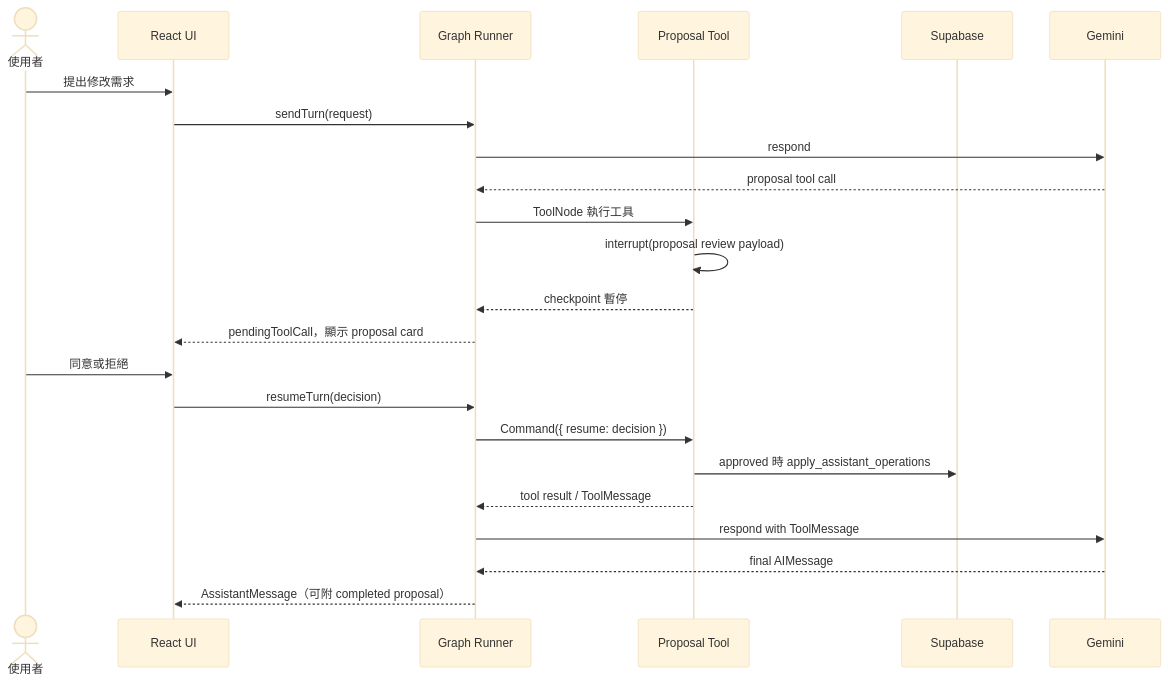
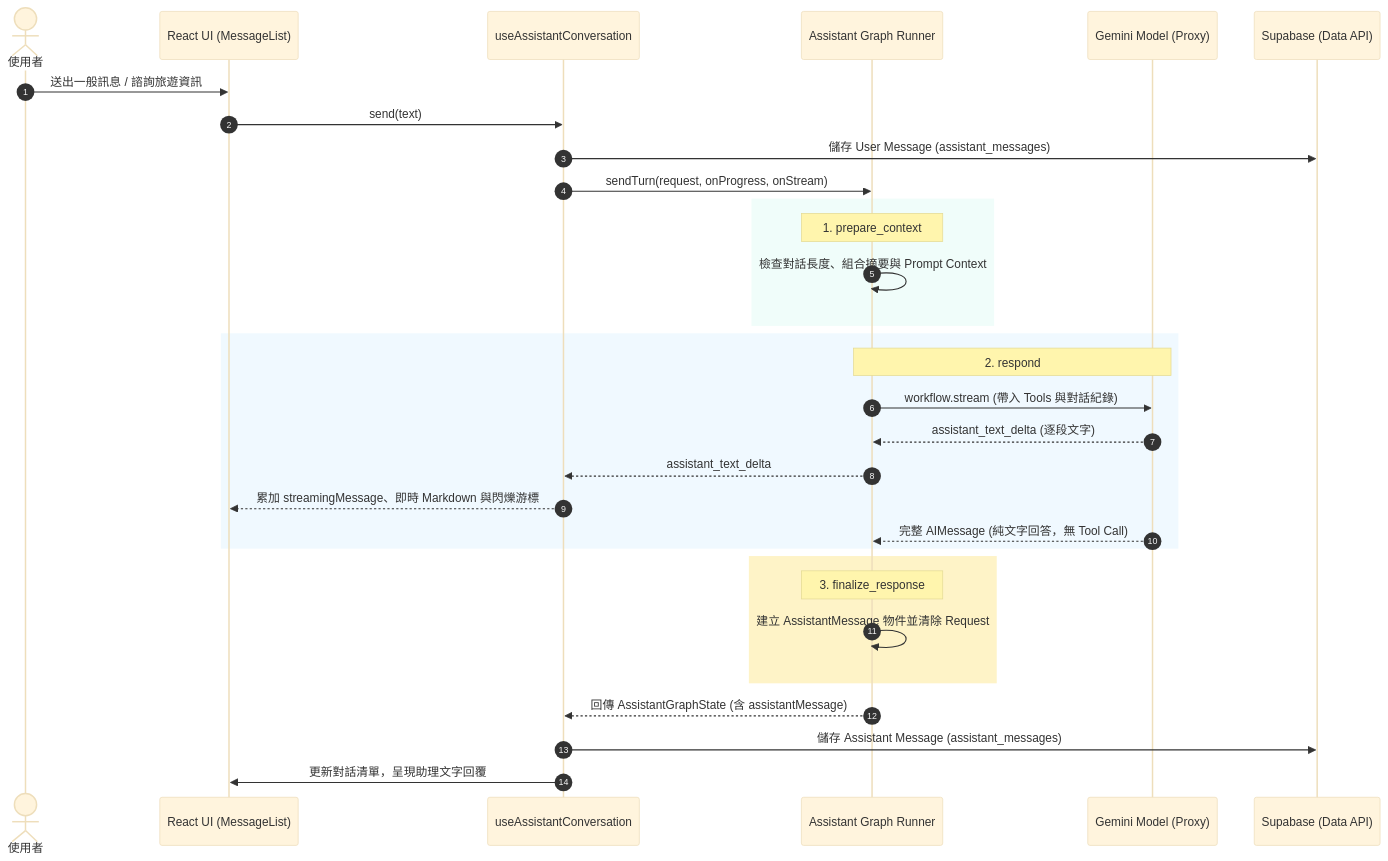
One commit to strongball/travel-web changed the second of 3 diagrams in docs/assistant-langgraph.md. Above: the diagram before and after it, drawn with Mermaid (base theme). The commit also changed other lines of this file and 21 other files, not shown here.

Commit message:
feat: add collapsible history view to ProposalCard and update gemini-proxy model configuration

````diff
--- a/docs/assistant-langgraph.md
+++ b/docs/assistant-langgraph.md
@@ -78,26 +105,38 @@
 ```mermaid
 sequenceDiagram
+    autonumber
     actor User as 使用者
-    participant UI as React UI
-    participant Runner as Graph Runner
-    participant Tool as Proposal Tool
-    participant DB as Supabase
-    participant LLM as Gemini
+    participant UI as React UI (MessageList)
+    participant Hook as useAssistantConversation
+    participant Runner as Assistant Graph Runner
+    participant LLM as Gemini Model (Proxy)
+    participant DB as Supabase (Data API)
 
-    User->>UI: 提出修改需求
-    UI->>Runner: sendTurn(request)
-    Runner->>LLM: respond
-    LLM-->>Runner: proposal tool call
-    Runner->>Tool: ToolNode 執行工具
-    Tool->>Tool: interrupt(proposal review payload)
-    Tool-->>Runner: checkpoint 暫停
-    Runner-->>UI: pendingToolCall，顯示 proposal card
-    User->>UI: 同意或拒絕
-    UI->>Runner: resumeTurn(decision)
-    Runner->>Tool: Command({ resume: decision })
-    Tool->>DB: approved 時 apply_assistant_operations
-    Tool-->>Runner: tool result / ToolMessage
-    Runner->>LLM: respond with ToolMessage
-    LLM-->>Runner: final AIMessage
-    Runner-->>UI: AssistantMessage（可附 completed proposal）
+    User->>UI: 送出一般訊息 / 諮詢旅遊資訊
+    UI->>Hook: send(text)
+    Hook->>DB: 儲存 User Message (assistant_messages)
+    Hook->>Runner: sendTurn(request, onProgress, onStream)
+
+    rect rgb(240, 253, 250)
+        Note over Runner: 1. prepare_context
+        Runner->>Runner: 檢查對話長度、組合摘要與 Prompt Context
+    end
+
+    rect rgb(240, 249, 255)
+        Note over Runner,LLM: 2. respond
+        Runner->>LLM: workflow.stream (帶入 Tools 與對話紀錄)
+        LLM-->>Runner: assistant_text_delta (逐段文字)
+        Runner-->>Hook: assistant_text_delta
+        Hook-->>UI: 累加 streamingMessage、即時 Markdown 與閃爍游標
+        LLM-->>Runner: 完整 AIMessage (純文字回答，無 Tool Call)
+    end
+
+    rect rgb(254, 243, 199)
+        Note over Runner: 3. finalize_response
+        Runner->>Runner: 建立 AssistantMessage 物件並清除 Request
+    end
+
+    Runner-->>Hook: 回傳 AssistantGraphState (含 assistantMessage)
+    Hook->>DB: 儲存 Assistant Message (assistant_messages)
+    Hook->>UI: 更新對話清單，呈現助理文字回覆
 ```
````
